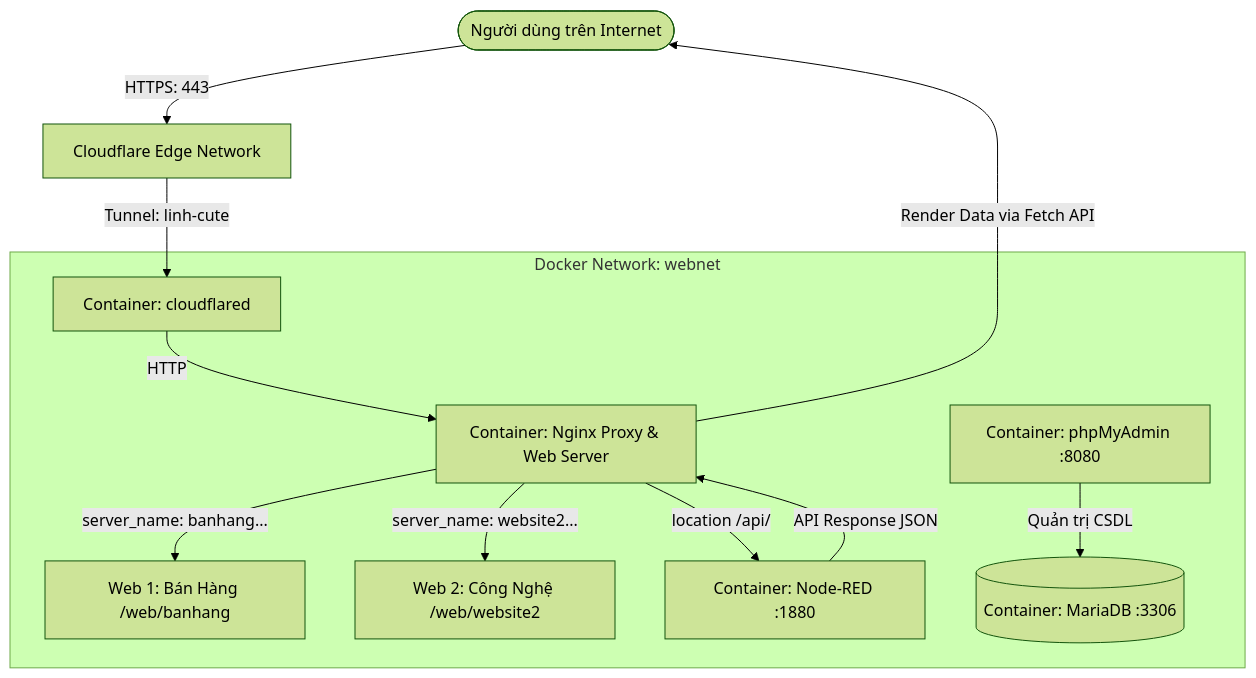
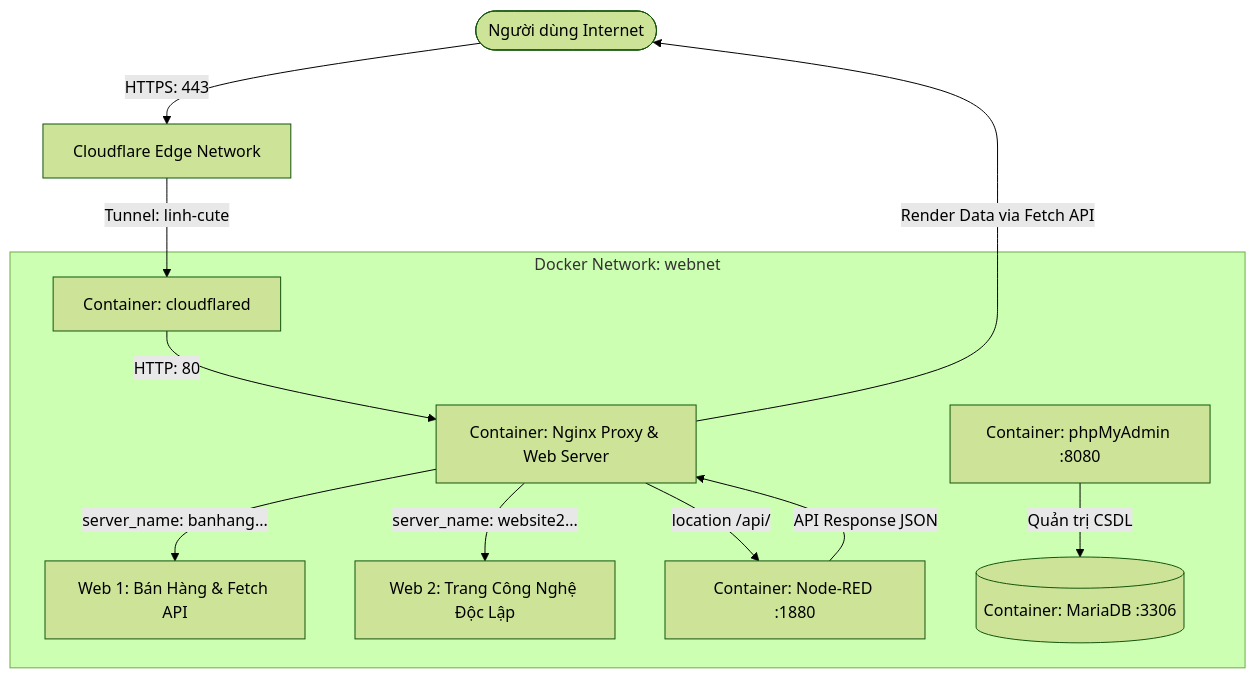
One commit to DanLinh061125/BTVN_PHAT-TRIEN-UNG-DUNG-TREN-NEN-WEB changed the diagram in README.md. Above: the diagram before and after it, drawn with Mermaid (forest theme). The commit also changed other lines of this file, not shown here.

````diff
--- a/README.md
+++ b/README.md
@@ -39,18 +186,18 @@
 ```mermaid
 graph TD
-    User([Người dùng trên Internet]) -->|HTTPS: 443| CF[Cloudflare Edge Network]
+    User([Người dùng Internet]) -->|HTTPS: 443| CF[Cloudflare Edge Network]
     CF -->|Tunnel: linh-cute| C埠[Container: cloudflared]
     
     subgraph Docker Network: webnet
-        C埠 -->|HTTP| NGINX[Container: Nginx Proxy & Web Server]
+        C埠 -->|HTTP: 80| NGINX[Container: Nginx Proxy & Web Server]
         
-        NGINX -->|server_name: banhang...| WEB1[Web 1: Bán Hàng /web/banhang]
-        NGINX -->|server_name: website2...| WEB2[Web 2: Công Nghệ /web/website2]
+        NGINX -->|server_name: banhang...| WEB1[Web 1: Bán Hàng & Fetch API]
+        NGINX -->|server_name: website2...| WEB2[Web 2: Trang Công Nghệ Độc Lập]
         NGINX -->|location /api/| NODERED[Container: Node-RED :1880]
         
         PMA[Container: phpMyAdmin :8080] -->|Quản trị CSDL| DB[(Container: MariaDB :3306)]
     end
     
     NODERED -->|API Response JSON| NGINX
     NGINX -->|Render Data via Fetch API| User
 ```
````
